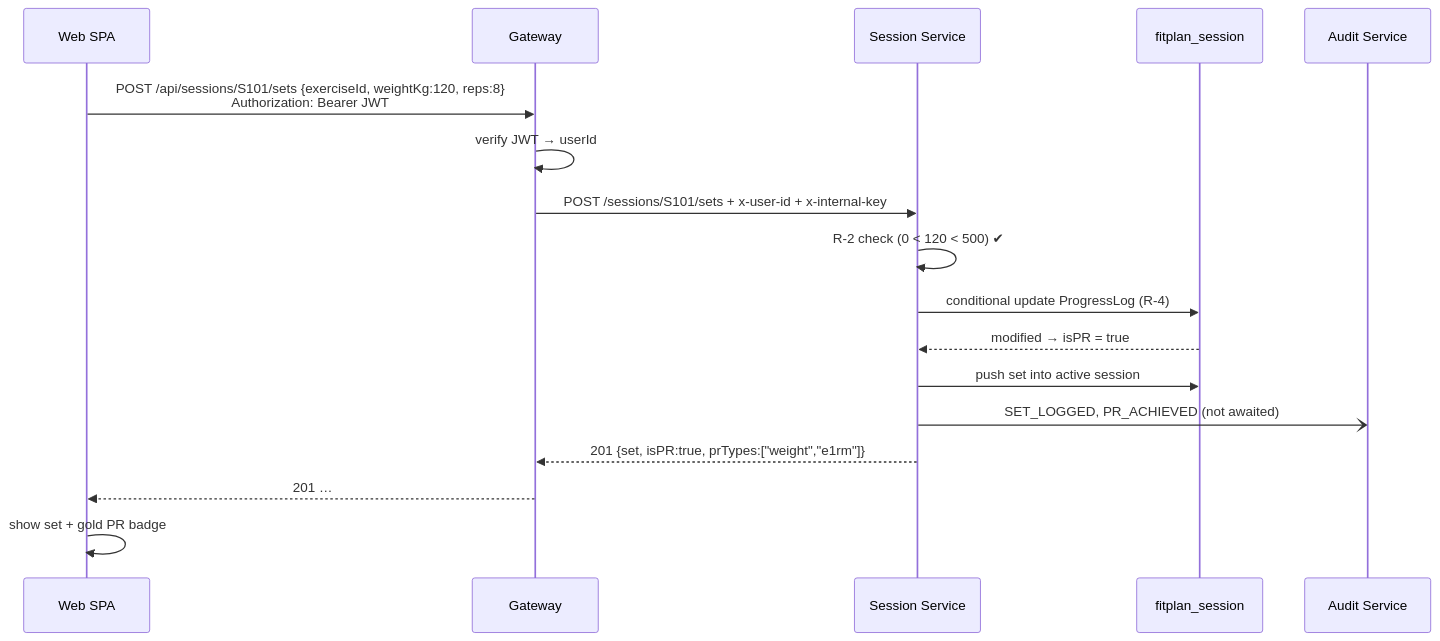
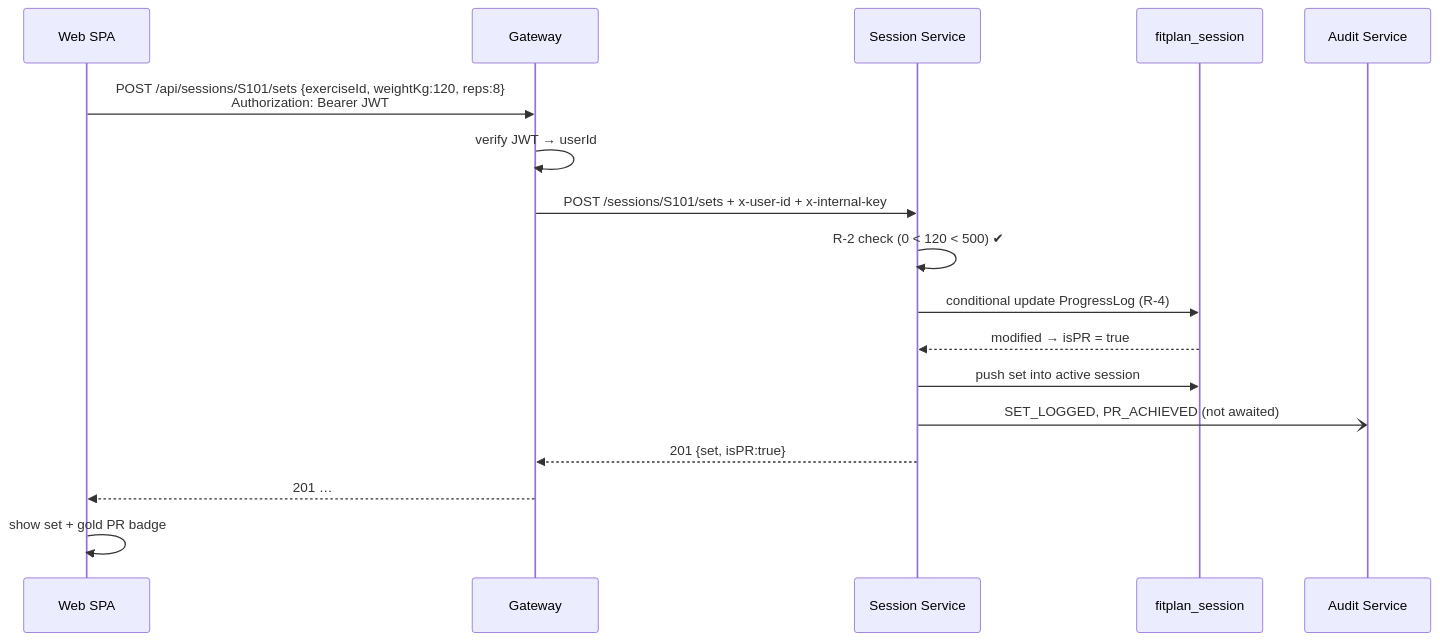
The second of 4 diagrams in docs/TECHNICAL_DESIGN.md (XeraNight/fitplan), drawn with Mermaid before and after one commit. The commit also changed other lines of this file and 8 other files, not shown here.

````diff
--- a/docs/TECHNICAL_DESIGN.md
+++ b/docs/TECHNICAL_DESIGN.md
@@ -176,19 +175,19 @@
 ```mermaid
 sequenceDiagram
     participant W as Web SPA
     participant G as Gateway
     participant S as Session Service
     participant DB as fitplan_session
     participant A as Audit Service
     W->>G: POST /api/sessions/S101/sets {exerciseId, weightKg:120, reps:8}<br/>Authorization: Bearer JWT
     G->>G: verify JWT → userId
     G->>S: POST /sessions/S101/sets + x-user-id + x-internal-key
     S->>S: R-2 check (0 < 120 < 500) ✔
     S->>DB: conditional update ProgressLog (R-4)
     DB-->>S: modified → isPR = true
     S->>DB: push set into active session
     S-)A: SET_LOGGED, PR_ACHIEVED (not awaited)
-    S-->>G: 201 {set, isPR:true, prTypes:["weight","e1rm"]}
+    S-->>G: 201 {set, isPR:true}
     G-->>W: 201 …
     W->>W: show set + gold PR badge
 ```
````
